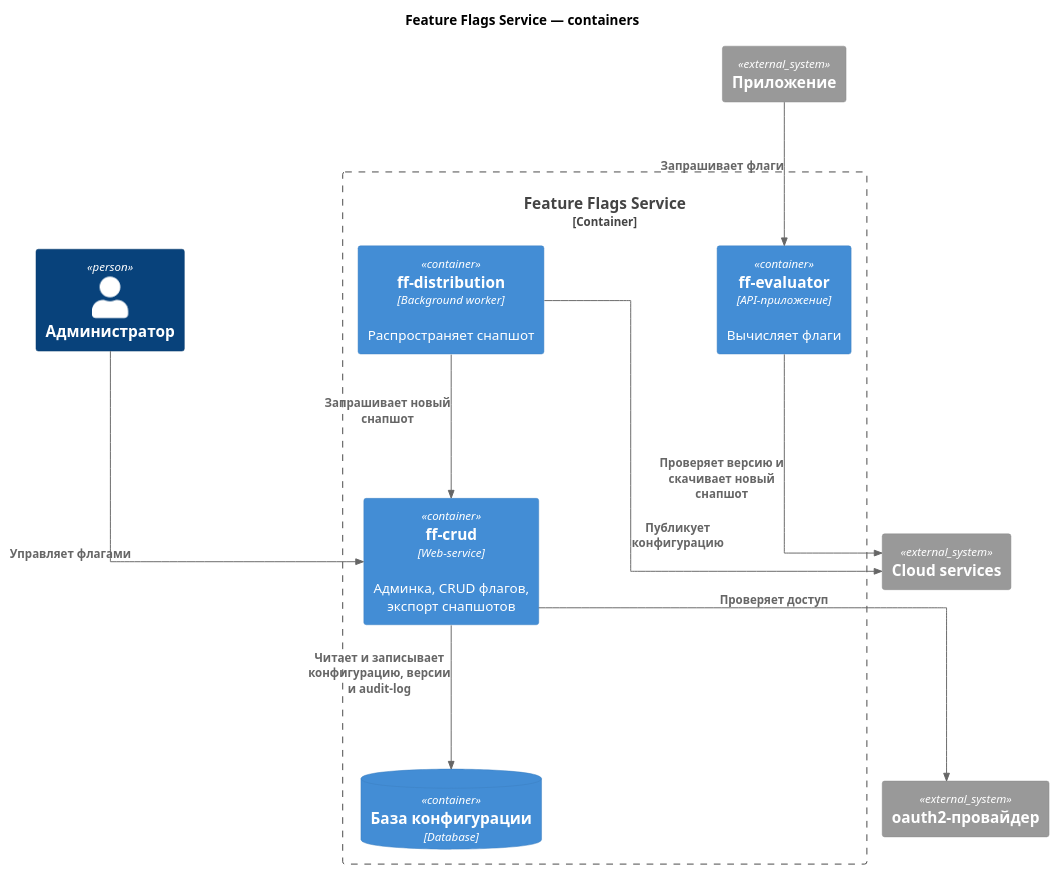
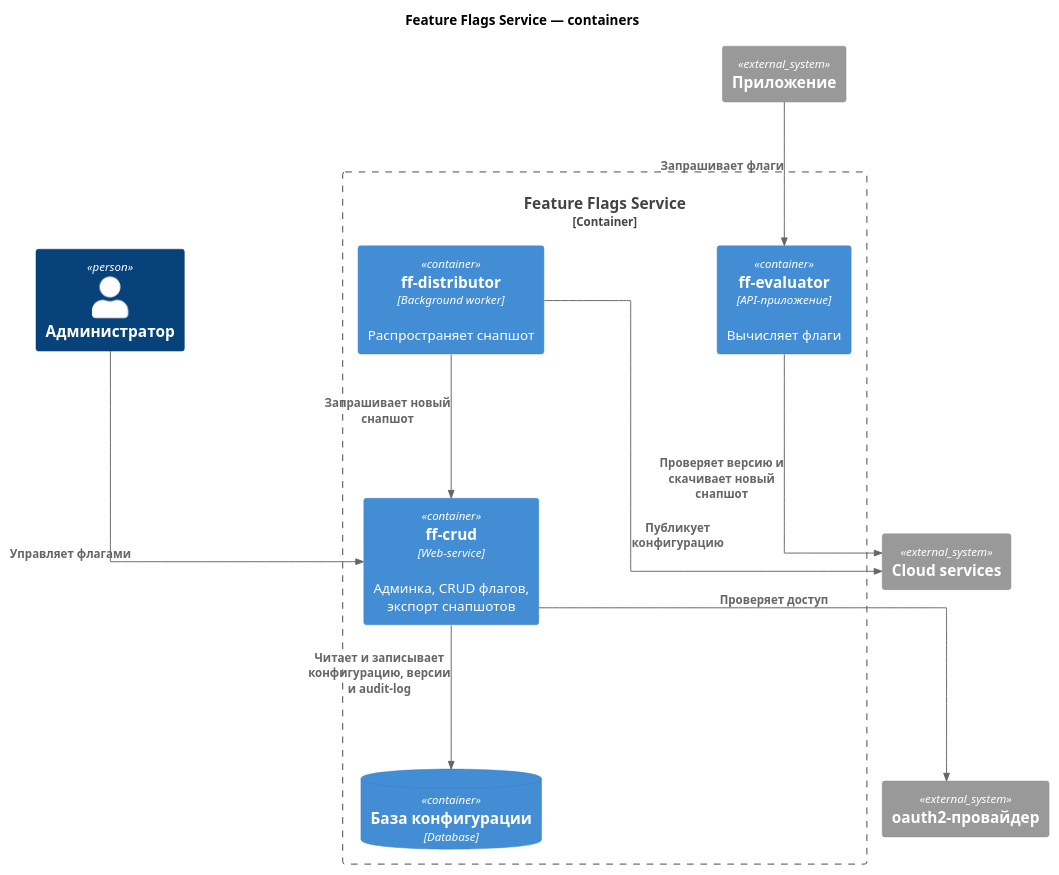
Before and after one commit to nvchursin/otus-feature-flags: the diagram in docs/design/c4-containers.puml, drawn with PlantUML. The commit also changed 5 other files, not shown here.

```diff
--- a/docs/design/c4-containers.puml
+++ b/docs/design/c4-containers.puml
@@ -1,29 +1,29 @@
 @startuml c4-containers
 !include <C4/C4_Container>
 
 title Feature Flags Service — containers
 
 skinparam linetype ortho
 skinparam nodesep 180
 skinparam ranksep 150
 
 Person(admin, "Администратор")
 System_Ext(consumer, "Приложение")
 System_Ext(identity_provider, "oauth2-провайдер")
 System_Ext(cloud_services, "Cloud services")
 
 Container_Boundary(feature_flags, "Feature Flags Service") {
     Container(crud, "ff-crud", "Web-service", "Админка, CRUD флагов, экспорт снапшотов")
     ContainerDb(database, "База конфигурации", "Database")
     Container(evaluator, "ff-evaluator", "API-приложение", "Вычисляет флаги")
-    Container(distribution, "ff-distribution", "Background worker", "Распространяет снапшот")
+    Container(distribution, "ff-distributor", "Background worker", "Распространяет снапшот")
 }
 
 Rel(admin, crud, "Управляет флагами")
 Rel(crud, identity_provider, "Проверяет доступ")
 Rel(crud, database, "Читает и записывает конфигурацию, версии и audit-log")
 Rel(evaluator, cloud_services, "Проверяет версию и скачивает новый снапшот")
 Rel(distribution, crud, "Запрашивает новый снапшот")
 Rel(distribution, cloud_services, "Публикует конфигурацию")
 Rel(consumer, evaluator, "Запрашивает флаги")
 @enduml
```
